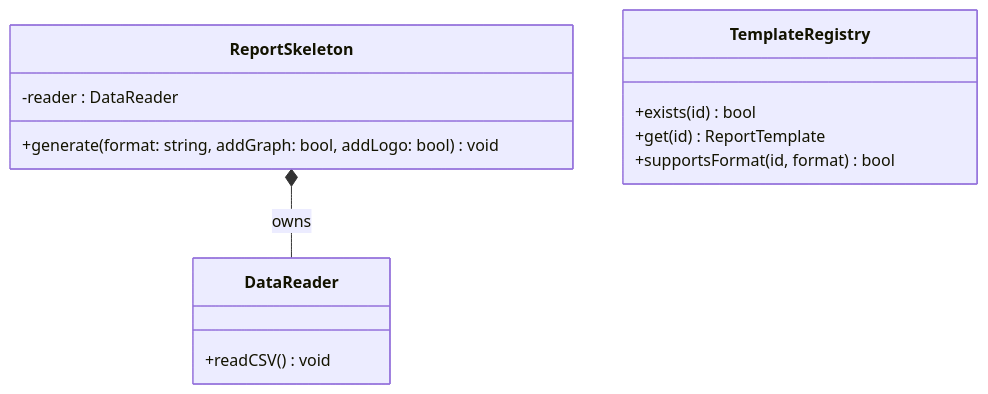
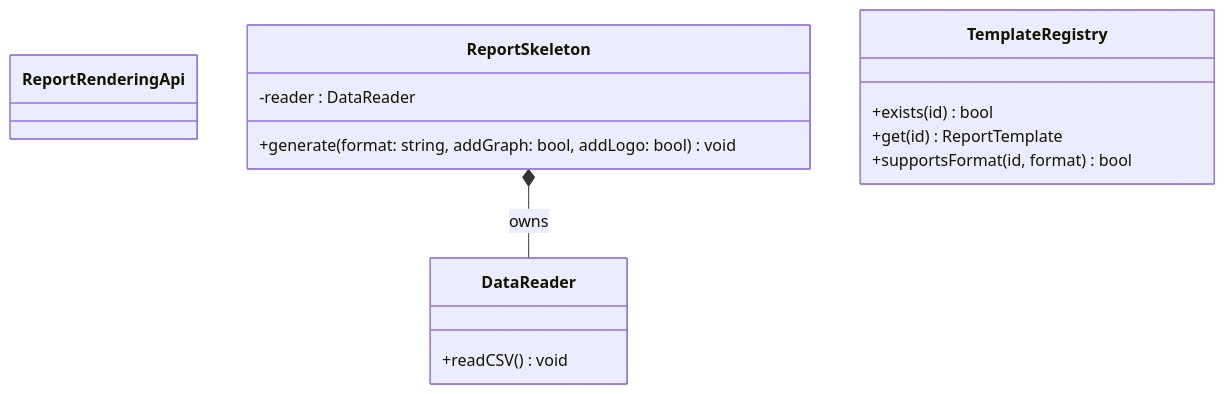
The third of 13 diagrams in kindle/design-patterns/output/chapter11.md (kumachan1101-pixel/DesignPattern), drawn with Mermaid before and after one commit. The commit also changed other lines of this file and 19 other files, not shown here.

````diff
--- a/kindle/design-patterns/output/chapter11.md
+++ b/kindle/design-patterns/output/chapter11.md
@@ -194,16 +194,17 @@
 ```mermaid
 classDiagram
+    class ReportRenderingApi
     class ReportSkeleton {
         -reader : DataReader
         +generate(format: string, addGraph: bool, addLogo: bool) void
     }
     class DataReader {
         +readCSV() void
     }
     class TemplateRegistry {
         +exists(id) bool
         +get(id) ReportTemplate
         +supportsFormat(id, format) bool
     }
     ReportSkeleton *-- DataReader : owns
 ```
````
